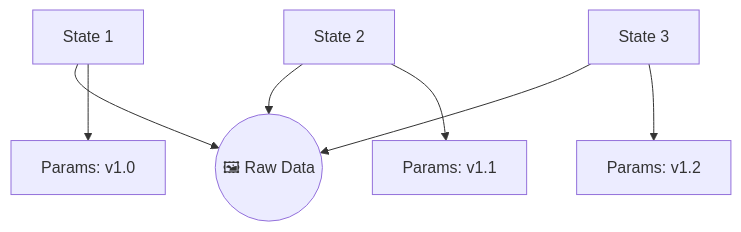
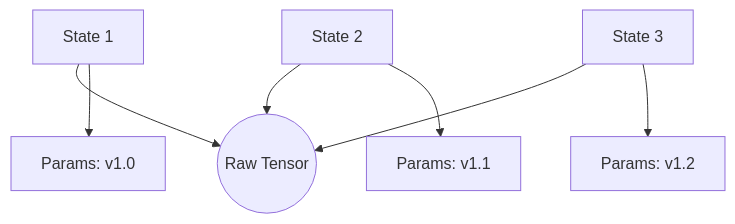
Before and after one commit to KalaimaranB/BioPro: the diagram in docs/internal/13_The_Time_Machine_Engine.md, drawn with Mermaid. The commit also changed other lines of this file and 19 other files, not shown here.

````diff
--- a/docs/internal/13_The_Time_Machine_Engine.md
+++ b/docs/internal/13_The_Time_Machine_Engine.md
@@ -17,11 +17,11 @@
 ```mermaid
 graph TD
-    S1[State 1] --> Image((🖼 Raw Data))
+    S1[State 1] --> Image((Raw Tensor))
     S1 --> P1[Params: v1.0]
 
     S2[State 2] --> Image
     S2 --> P2[Params: v1.1]
 
     S3[State 3] --> Image
     S3 --> P3[Params: v1.2]
 ```
````
